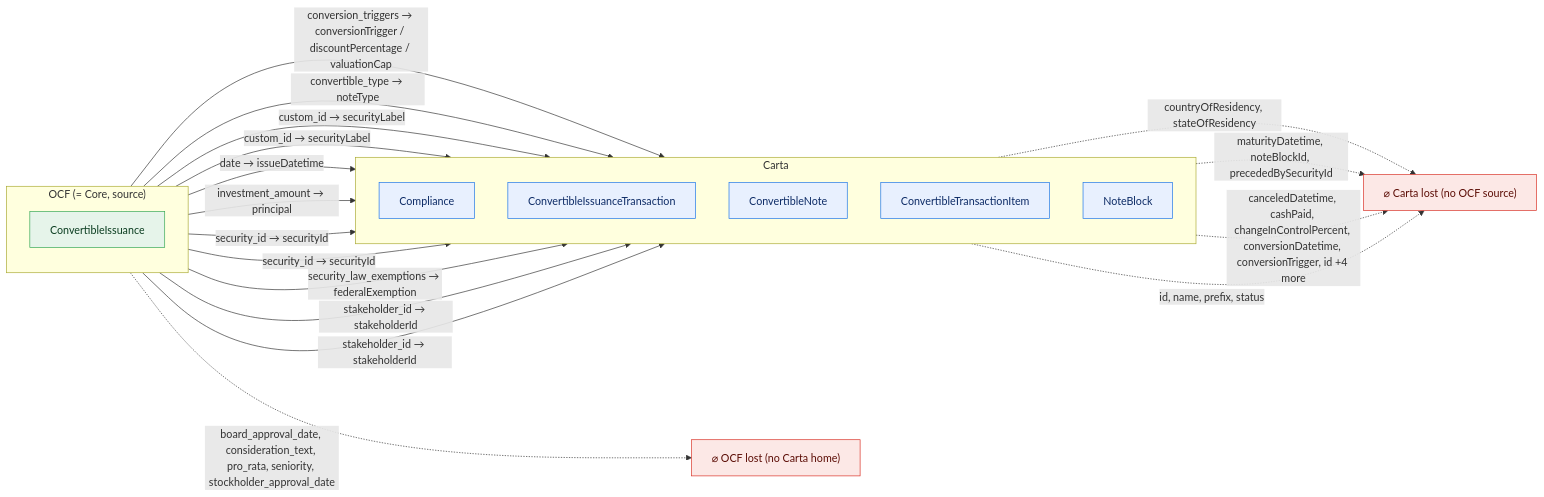
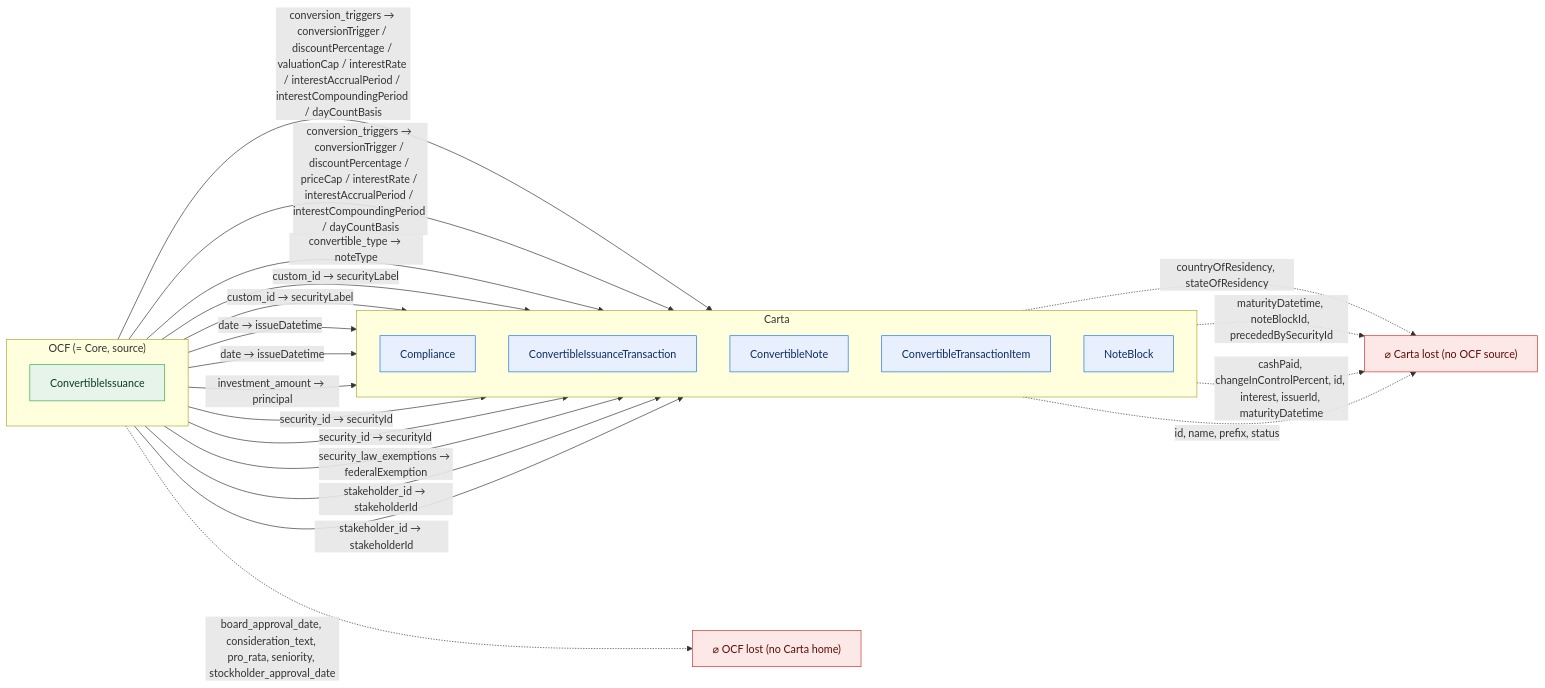
One commit to Open-Cap-Table-Coalition/OCF-Composed-Schemas changed the sixth of 47 diagrams in docs/core-bidirectional-flow.md. Above: the diagram before and after it, drawn with Mermaid. The commit also changed other lines of this file and 12 other files, not shown here.

````diff
--- a/docs/core-bidirectional-flow.md
+++ b/docs/core-bidirectional-flow.md
@@ -331,37 +330,39 @@
 ```mermaid
 flowchart LR
   classDef adm fill:#e6f4ea,stroke:#34a853,color:#0b3d20;
   classDef notadm fill:#f1f3f4,stroke:#9aa0a6,color:#5f6368,stroke-dasharray:4 3;
   classDef carta fill:#e8f0fe,stroke:#1a73e8,color:#0d2b66;
   classDef lost fill:#fce8e6,stroke:#d93025,color:#5c0d06;
   subgraph SRC["OCF (= Core, source)"]
     direction TB
     o0["ConvertibleIssuance"]:::adm
   end
   subgraph TGT["Carta"]
     direction TB
     t0["Compliance"]:::carta
     t1["ConvertibleIssuanceTransaction"]:::carta
     t2["ConvertibleNote"]:::carta
     t3["ConvertibleTransactionItem"]:::carta
     t4["NoteBlock"]:::carta
   end
   ocflost["⌀ OCF lost (no Carta home)"]:::lost
   cartalost["⌀ Carta lost (no OCF source)"]:::lost
-  o0 -->|"conversion_triggers → conversionTrigger / discountPercentage / valuationCap"| t1
+  o0 -->|"conversion_triggers → conversionTrigger / discountPercentage / valuationCap / interestRate / interestAccrualPeriod / interestCompoundingPeriod / dayCountBasis"| t1
+  o0 -->|"conversion_triggers → conversionTrigger / discountPercentage / priceCap / interestRate / interestAccrualPeriod / interestCompoundingPeriod / dayCountBasis"| t2
   o0 -->|"convertible_type → noteType"| t4
   o0 -->|"custom_id → securityLabel"| t3
   o0 -->|"custom_id → securityLabel"| t2
   o0 -->|"date → issueDatetime"| t1
+  o0 -->|"date → issueDatetime"| t2
   o0 -->|"investment_amount → principal"| t1
   o0 -->|"security_id → securityId"| t3
   o0 -->|"security_id → securityId"| t2
   o0 -->|"security_law_exemptions → federalExemption"| t0
   o0 -->|"stakeholder_id → stakeholderId"| t3
   o0 -->|"stakeholder_id → stakeholderId"| t2
   o0 -.->|"board_approval_date, consideration_text, pro_rata, seniority, stockholder_approval_date"| ocflost
   t0 -.->|"countryOfResidency, stateOfResidency"| cartalost
   t1 -.->|"maturityDatetime, noteBlockId, precededBySecurityId"| cartalost
-  t2 -.->|"canceledDatetime, cashPaid, changeInControlPercent, conversionDatetime, conversionTrigger, id +4 more"| cartalost
+  t2 -.->|"cashPaid, changeInControlPercent, id, interest, issuerId, maturityDatetime"| cartalost
   t4 -.->|"id, name, prefix, status"| cartalost
 ```
````
